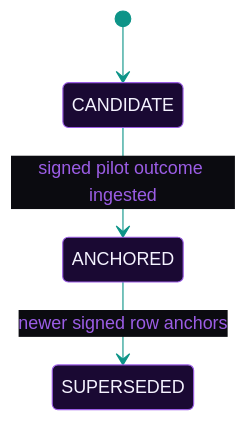
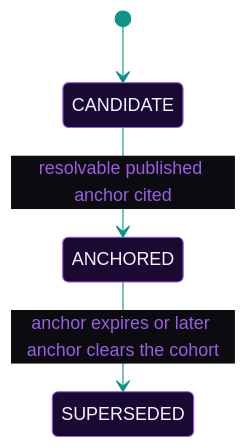
Before and after one commit to EtharaOrion/mephisto-samples: the first of 3 diagrams in README.md, drawn with Mermaid. The commit also changed other lines of this file, not shown here.

Commit message:
samples: fix state-diagram semantics to match ENGRAM row lifecycle
The CANDIDATE -> ANCHORED -> SUPERSEDED transition labels conflated
hardness rows with signed pilots, which ENGRAM keeps orthogonal
(:299 'no row is a signed pilot outcome'). Fixed prose and diagram
labels per ENGRAM :193-195:

- CAN -> ANC now: 'resolvable published anchor cited'
  (was: 'signed pilot outcome ingested')
- ANC -> SUP now: 'anchor expires or later anchor clears the cohort'
  (was: 'newer signed row anchors')
- Prose paragraph rewritten to list all three SUPERSEDED triggers
  and the row-state-is-not-a-lever-state invariant.

````diff
--- a/README.md
+++ b/README.md
@@ -69,11 +69,11 @@
 ```mermaid
 %%{init: {"theme":"base","themeVariables":{"primaryColor":"#1A0933","primaryTextColor":"#F5F3FF","primaryBorderColor":"#9B5DE5","lineColor":"#0D9488","textColor":"#9B5DE5","secondaryColor":"#0B0B10","tertiaryColor":"#0B0B10","fontFamily":"Arial, sans-serif"}} }%%
 stateDiagram-v2
     direction TB
     state "CANDIDATE" as CAN
     state "ANCHORED" as ANC
     state "SUPERSEDED" as SUP
     [*] --> CAN
-    CAN --> ANC: signed pilot outcome ingested
-    ANC --> SUP: newer signed row anchors
+    CAN --> ANC: resolvable published anchor cited
+    ANC --> SUP: anchor expires or later anchor clears the cohort
 ```
````
